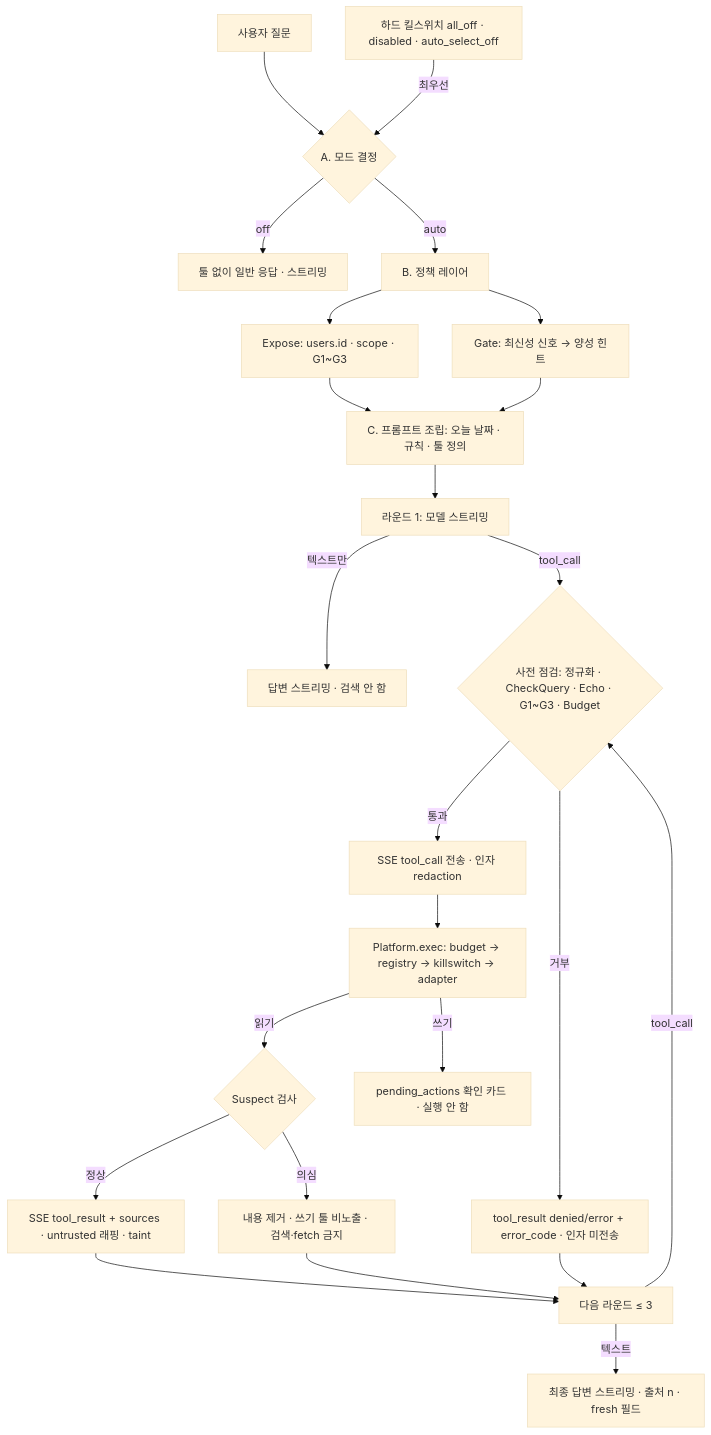
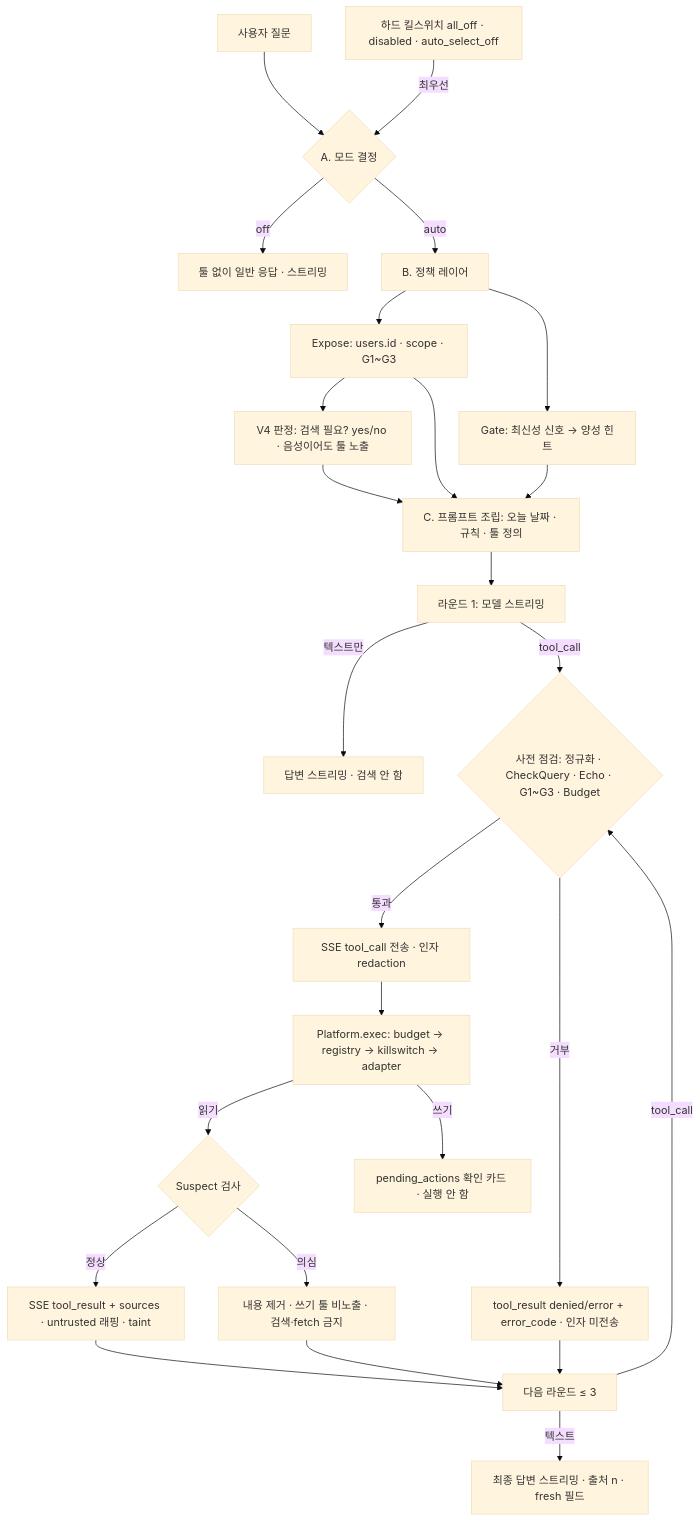
The diagram in docs/architecture/auto-tool-selection.md (gun025bba/eve-serving), drawn with Mermaid (base theme) before and after one commit. The commit also changed other lines of this file and 3 other files, not shown here.

First line of the commit message:
docs(architecture): auto-tool-selection 개정 5 (보안 리뷰 H-1·M-1~M-6, 모델 실측, V4 판정 호출 채택)

````diff
--- a/docs/architecture/auto-tool-selection.md
+++ b/docs/architecture/auto-tool-selection.md
@@ -133,26 +151,28 @@
 ```mermaid
 flowchart TD
   U[사용자 질문] --> M{A. 모드 결정}
   K[하드 킬스위치 all_off · disabled · auto_select_off] -->|최우선| M
   M -->|off| P0[툴 없이 일반 응답 · 스트리밍]
   M -->|auto| G[B. 정책 레이어]
   G --> X[Expose: users.id · scope · G1~G3]
   G --> H[Gate: 최신성 신호 → 양성 힌트]
+  X --> V4[V4 판정: 검색 필요? yes/no · 음성이어도 툴 노출]
+  V4 --> PR
   X --> PR[C. 프롬프트 조립: 오늘 날짜 · 규칙 · 툴 정의]
   H --> PR
   PR --> R1[라운드 1: 모델 스트리밍]
   R1 -->|텍스트만| ANS[답변 스트리밍 · 검색 안 함]
   R1 -->|tool_call| PF{사전 점검: 정규화 · CheckQuery · Echo · G1~G3 · Budget}
   PF -->|거부| ERR[tool_result denied/error + error_code · 인자 미전송]
   PF -->|통과| EV1[SSE tool_call 전송 · 인자 redaction]
   EV1 --> EX[Platform.exec: budget → registry → killswitch → adapter]
   EX -->|읽기| SC{Suspect 검사}
   SC -->|정상| RES[SSE tool_result + sources · untrusted 래핑 · taint]
   SC -->|의심| SUS[내용 제거 · 쓰기 툴 비노출 · 검색·fetch 금지]
   EX -->|쓰기| CARD[pending_actions 확인 카드 · 실행 안 함]
   RES --> R2[다음 라운드 ≤ 3]
   SUS --> R2
   ERR --> R2
   R2 -->|tool_call| PF
   R2 -->|텍스트| FIN[최종 답변 스트리밍 · 출처 n · fresh 필드]
 ```
````
